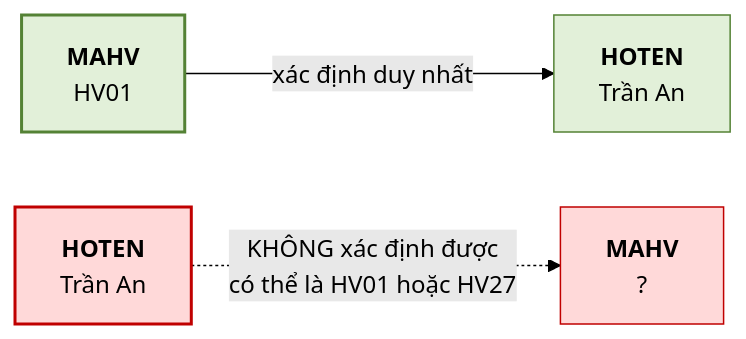
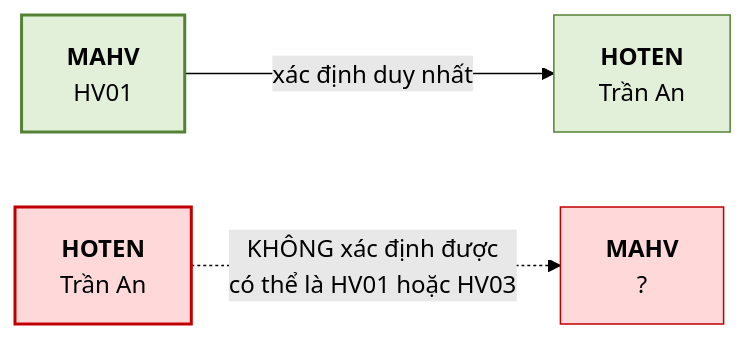
Before and after one commit to CuongNguyenDAU/csdl-dbs201: the first of 3 diagrams in docs/chuong-3/3-2-phu-thuoc-ham-va-cac-loai-khoa.md, drawn with Mermaid (forest theme). The commit also changed other lines of this file and 98 other files, not shown here.

````diff
--- a/docs/chuong-3/3-2-phu-thuoc-ham-va-cac-loai-khoa.md
+++ b/docs/chuong-3/3-2-phu-thuoc-ham-va-cac-loai-khoa.md
@@ -29,9 +56,9 @@
 ```mermaid
 flowchart LR
     A["<b>MAHV</b><br/>HV01"] -->|"xác định duy nhất"| B["<b>HOTEN</b><br/>Trần An"]
-    C["<b>HOTEN</b><br/>Trần An"] -.->|"KHÔNG xác định được<br/>có thể là HV01 hoặc HV27"| D["<b>MAHV</b><br/>?"]
+    C["<b>HOTEN</b><br/>Trần An"] -.->|"KHÔNG xác định được<br/>có thể là HV01 hoặc HV03"| D["<b>MAHV</b><br/>?"]
     style A fill:#E2F0D9,stroke:#548235,stroke-width:2px
     style B fill:#E2F0D9,stroke:#548235
     style C fill:#FFD9D9,stroke:#C00000,stroke-width:2px
     style D fill:#FFD9D9,stroke:#C00000
 ```
````
